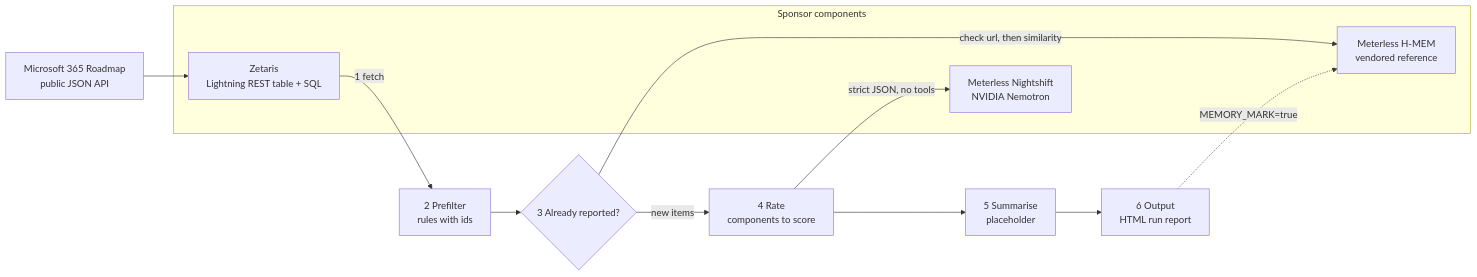
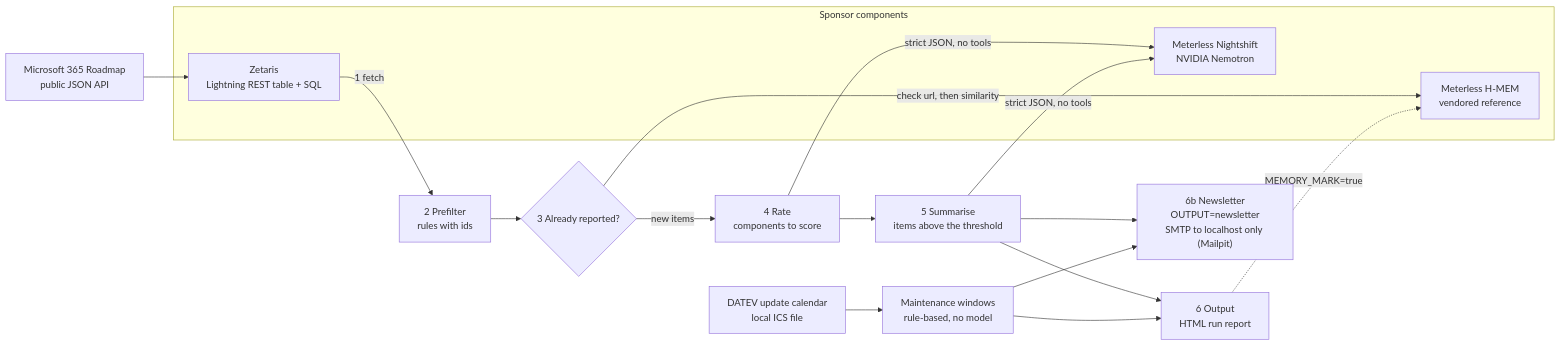
Before and after one commit to shinanDev/3net-news-agent: the diagram in README.md, drawn with Mermaid. The commit also changed other lines of this file, not shown here.

````diff
--- a/README.md
+++ b/README.md
@@ -78,17 +78,22 @@
 ```mermaid
 flowchart LR
     MS["Microsoft 365 Roadmap<br/>public JSON API"] --> Z
+    ICS["DATEV update calendar<br/>local ICS file"] --> MW["Maintenance windows<br/>rule-based, no model"]
     subgraph Sponsors[Sponsor components]
         Z["Zetaris<br/>Lightning REST table + SQL"]
         NS["Meterless Nightshift<br/>NVIDIA Nemotron"]
         HM["Meterless H-MEM<br/>vendored reference"]
     end
     Z -->|"1 fetch"| PF["2 Prefilter<br/>rules with ids"]
     PF --> MEM{"3 Already reported?"}
     MEM -->|"check url, then similarity"| HM
     MEM -->|new items| RT["4 Rate<br/>components to score"]
     RT -->|"strict JSON, no tools"| NS
-    RT --> SU["5 Summarise<br/>placeholder"]
+    RT --> SU["5 Summarise<br/>items above the threshold"]
+    SU -->|"strict JSON, no tools"| NS
     SU --> OUT["6 Output<br/>HTML run report"]
+    SU --> NL["6b Newsletter<br/>OUTPUT=newsletter<br/>SMTP to localhost only (Mailpit)"]
+    MW --> OUT
+    MW --> NL
     OUT -.->|"MEMORY_MARK=true"| HM
 ```
````
